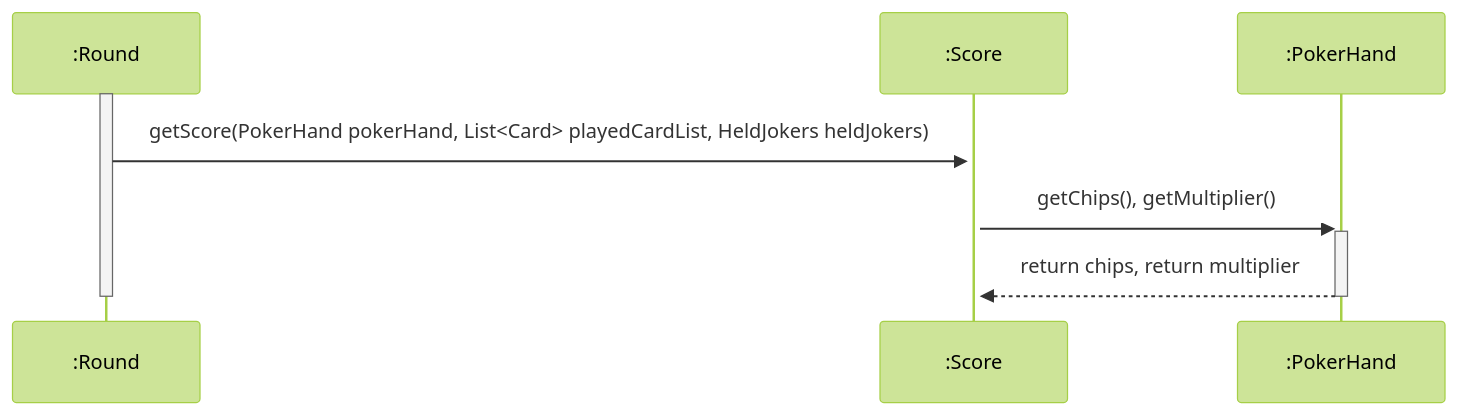
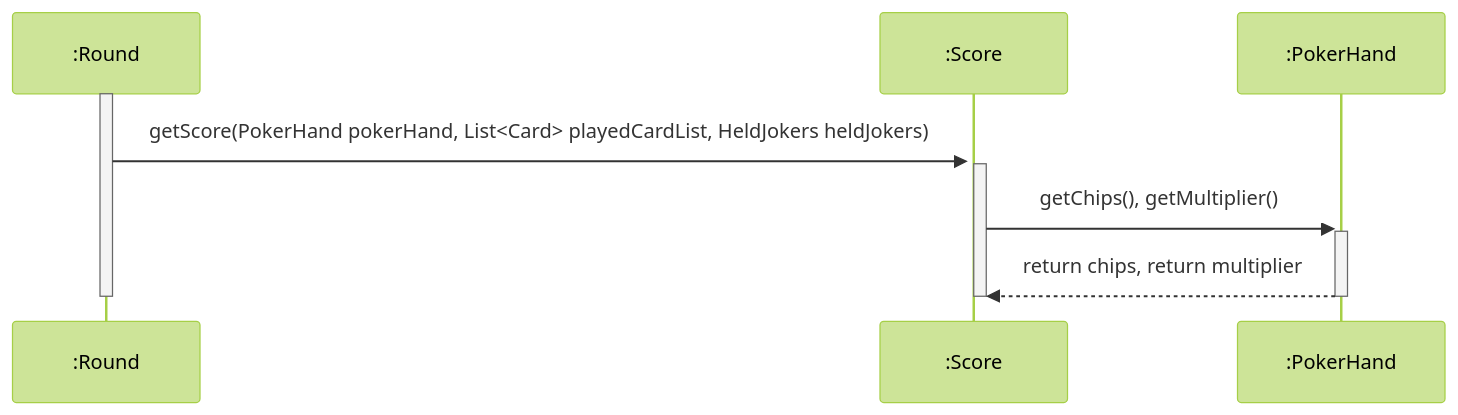
One commit to jwyk/tp changed the diagram in docs/dg_diagrams/Score2 SD.md. Above: the diagram before and after it, drawn with Mermaid (forest theme). The commit also changed 12 other files, not shown here.

Commit message:
Fix more sequence diagrams to include colons

````diff
--- a/docs/dg_diagrams/Score2 SD.md
+++ b/docs/dg_diagrams/Score2 SD.md
@@ -1,8 +1,10 @@
 ```mermaid
 sequenceDiagram
     activate #58;Round
         #58;Round->>+#58;Score: getScore(PokerHand pokerHand, List<Card> playedCardList, HeldJokers heldJokers)
+        activate #58;Score
         #58;Score->>+#58;PokerHand: getChips(), getMultiplier()
         #58;PokerHand-->>-#58;Score: return chips, return multiplier
+        deactivate #58;Score
     deactivate #58;Round
 ```
````
